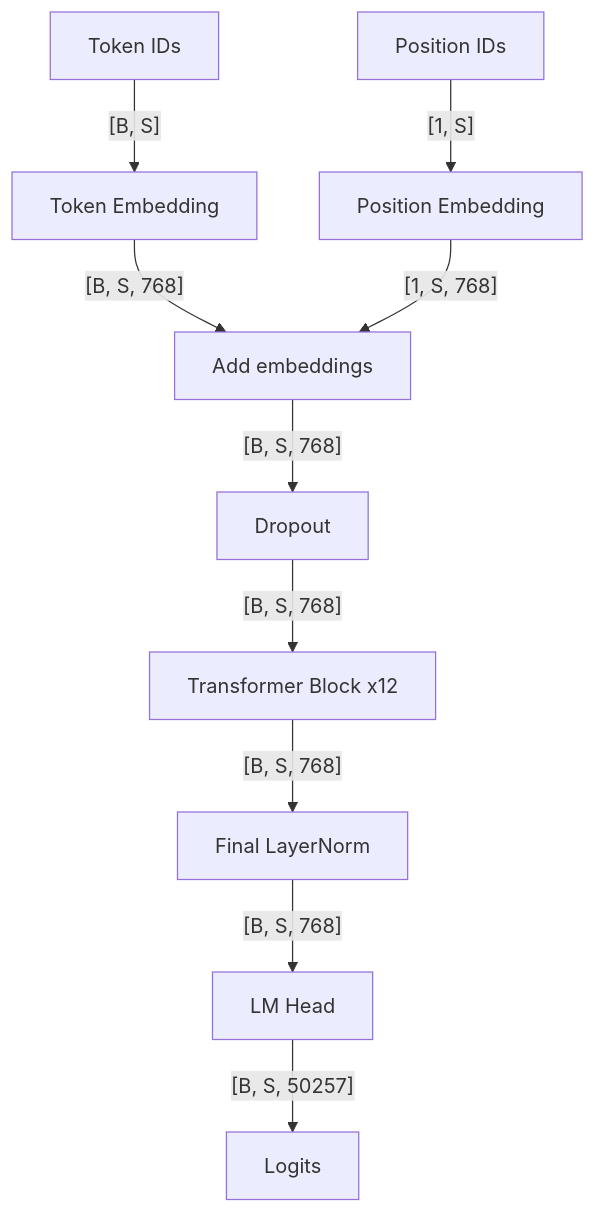
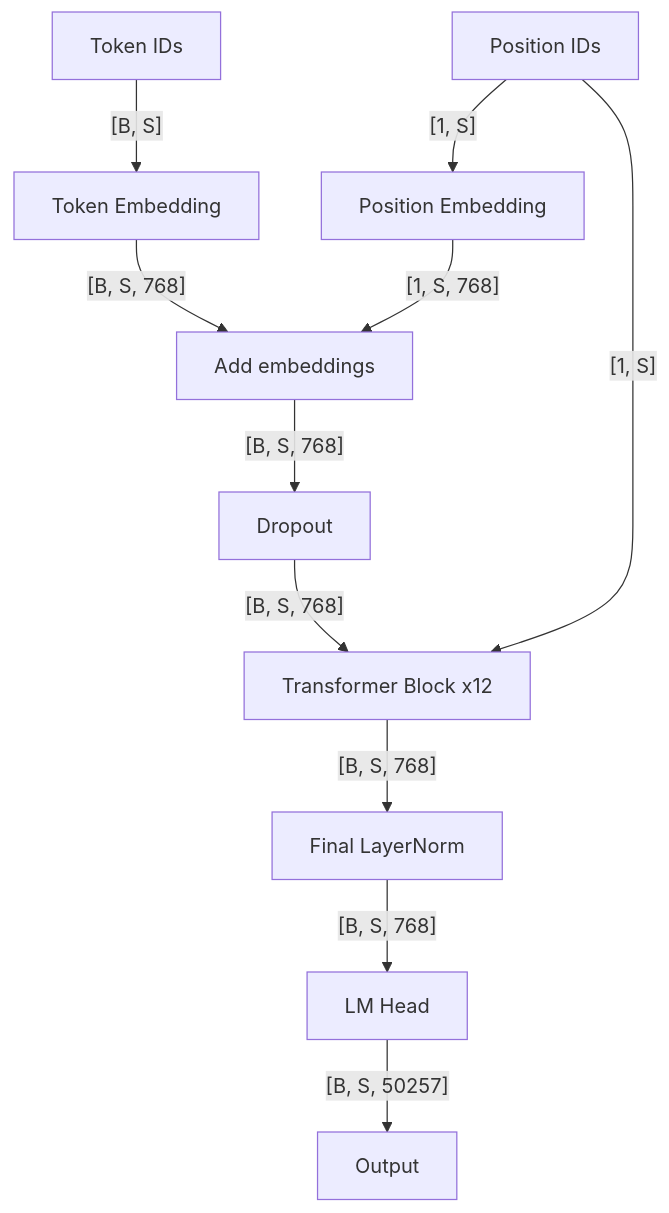
One commit to pranavsinghpatil/model-anatomy changed the diagram in output/gpt2/overview.mmd. Above: the diagram before and after it, drawn with Mermaid. The commit also changed 27 other files, not shown here.

```diff
--- a/output/gpt2/overview.mmd
+++ b/output/gpt2/overview.mmd
@@ -1,20 +1,21 @@
 flowchart TD
     n0["Token IDs"]
     n1["Position IDs"]
     n2["Token Embedding"]
     n3["Position Embedding"]
     n4["Add embeddings"]
     n5["Dropout"]
     n6["Transformer Block x12"]
     n7["Final LayerNorm"]
     n8["LM Head"]
-    n9["Logits"]
+    n9["Output"]
+    n8 -->|"[B, S, 50257]"| n9
     n0 -->|"[B, S]"| n2
     n1 -->|"[1, S]"| n3
     n2 -->|"[B, S, 768]"| n4
     n3 -->|"[1, S, 768]"| n4
     n4 -->|"[B, S, 768]"| n5
     n5 -->|"[B, S, 768]"| n6
+    n1 -->|"[1, S]"| n6
     n6 -->|"[B, S, 768]"| n7
     n7 -->|"[B, S, 768]"| n8
-    n8 -->|"[B, S, 50257]"| n9
```
